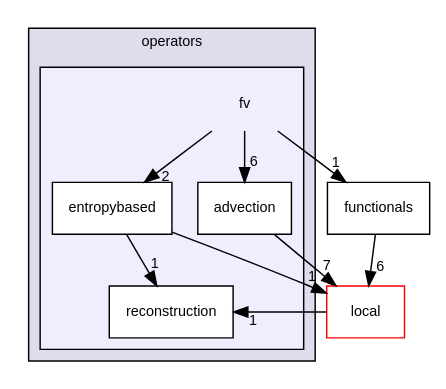
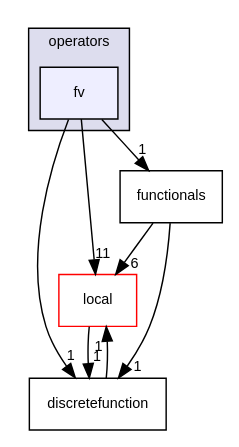
Before and after one commit to dune-community/dune-community.github.io: the diagram in docs/dune-gdt/master/dir_8fbd9d79de26bd0c08e4e5fb2ef2e7c5_dep.dot, drawn with Graphviz. The commit also changed 3677 other files, not shown here.

```diff
--- a/docs/dune-gdt/master/dir_8fbd9d79de26bd0c08e4e5fb2ef2e7c5_dep.dot
+++ b/docs/dune-gdt/master/dir_8fbd9d79de26bd0c08e4e5fb2ef2e7c5_dep.dot
@@ -1,25 +1,19 @@
 digraph "fv" {
   compound=true
   node [ fontsize="10", fontname="Helvetica"];
   edge [ labelfontsize="10", labelfontname="Helvetica"];
   subgraph clusterdir_8eae17099f455a1cfbd2c25e13098b8a {
     graph [ bgcolor="#ddddee", pencolor="black", label="operators" fontname="Helvetica", fontsize="10", URL="dir_8eae17099f455a1cfbd2c25e13098b8a.html"]
-  subgraph clusterdir_8fbd9d79de26bd0c08e4e5fb2ef2e7c5 {
-    graph [ bgcolor="#eeeeff", pencolor="black", label="" URL="dir_8fbd9d79de26bd0c08e4e5fb2ef2e7c5.html"];
-    dir_8fbd9d79de26bd0c08e4e5fb2ef2e7c5 [shape=plaintext label="fv"];
-    dir_d5d3ee194d5a859a27bb68c48f7e0d58 [shape=box label="advection" color="black" fillcolor="white" style="filled" URL="dir_d5d3ee194d5a859a27bb68c48f7e0d58.html"];
-    dir_15077edfff1a5d7c3d5acc85193caa88 [shape=box label="entropybased" color="black" fillcolor="white" style="filled" URL="dir_15077edfff1a5d7c3d5acc85193caa88.html"];
-    dir_34cd0b04b1a25e429446ad96f28d6cc1 [shape=box label="reconstruction" color="black" fillcolor="white" style="filled" URL="dir_34cd0b04b1a25e429446ad96f28d6cc1.html"];
-  }
+  dir_8fbd9d79de26bd0c08e4e5fb2ef2e7c5 [shape=box, label="fv", style="filled", fillcolor="#eeeeff", pencolor="black", URL="dir_8fbd9d79de26bd0c08e4e5fb2ef2e7c5.html"];
   }
   dir_e5964b6fd5a6d82d96e1215fe4a1a66d [shape=box label="local" fillcolor="white" style="filled" color="red" URL="dir_e5964b6fd5a6d82d96e1215fe4a1a66d.html"];
+  dir_e555b9af892587a8ff0beb600029e8f8 [shape=box label="discretefunction" URL="dir_e555b9af892587a8ff0beb600029e8f8.html"];
   dir_a1591cda0d63e65779075ba0a12732f6 [shape=box label="functionals" URL="dir_a1591cda0d63e65779075ba0a12732f6.html"];
-  dir_8fbd9d79de26bd0c08e4e5fb2ef2e7c5->dir_15077edfff1a5d7c3d5acc85193caa88 [headlabel="2", labeldistance=1.5 headhref="dir_000006_000033.html"];
-  dir_8fbd9d79de26bd0c08e4e5fb2ef2e7c5->dir_d5d3ee194d5a859a27bb68c48f7e0d58 [headlabel="6", labeldistance=1.5 headhref="dir_000006_000010.html"];
-  dir_8fbd9d79de26bd0c08e4e5fb2ef2e7c5->dir_a1591cda0d63e65779075ba0a12732f6 [headlabel="1", labeldistance=1.5 headhref="dir_000006_000008.html"];
-  dir_e5964b6fd5a6d82d96e1215fe4a1a66d->dir_34cd0b04b1a25e429446ad96f28d6cc1 [headlabel="1", labeldistance=1.5 headhref="dir_000007_000030.html"];
-  dir_15077edfff1a5d7c3d5acc85193caa88->dir_e5964b6fd5a6d82d96e1215fe4a1a66d [headlabel="1", labeldistance=1.5 headhref="dir_000033_000007.html"];
-  dir_15077edfff1a5d7c3d5acc85193caa88->dir_34cd0b04b1a25e429446ad96f28d6cc1 [headlabel="1", labeldistance=1.5 headhref="dir_000033_000030.html"];
-  dir_d5d3ee194d5a859a27bb68c48f7e0d58->dir_e5964b6fd5a6d82d96e1215fe4a1a66d [headlabel="7", labeldistance=1.5 headhref="dir_000010_000007.html"];
-  dir_a1591cda0d63e65779075ba0a12732f6->dir_e5964b6fd5a6d82d96e1215fe4a1a66d [headlabel="6", labeldistance=1.5 headhref="dir_000008_000007.html"];
+  dir_8fbd9d79de26bd0c08e4e5fb2ef2e7c5->dir_e5964b6fd5a6d82d96e1215fe4a1a66d [headlabel="11", labeldistance=1.5 headhref="dir_000008_000005.html"];
+  dir_8fbd9d79de26bd0c08e4e5fb2ef2e7c5->dir_e555b9af892587a8ff0beb600029e8f8 [headlabel="1", labeldistance=1.5 headhref="dir_000008_000014.html"];
+  dir_8fbd9d79de26bd0c08e4e5fb2ef2e7c5->dir_a1591cda0d63e65779075ba0a12732f6 [headlabel="1", labeldistance=1.5 headhref="dir_000008_000006.html"];
+  dir_e5964b6fd5a6d82d96e1215fe4a1a66d->dir_e555b9af892587a8ff0beb600029e8f8 [headlabel="1", labeldistance=1.5 headhref="dir_000005_000014.html"];
+  dir_e555b9af892587a8ff0beb600029e8f8->dir_e5964b6fd5a6d82d96e1215fe4a1a66d [headlabel="1", labeldistance=1.5 headhref="dir_000014_000005.html"];
+  dir_a1591cda0d63e65779075ba0a12732f6->dir_e5964b6fd5a6d82d96e1215fe4a1a66d [headlabel="6", labeldistance=1.5 headhref="dir_000006_000005.html"];
+  dir_a1591cda0d63e65779075ba0a12732f6->dir_e555b9af892587a8ff0beb600029e8f8 [headlabel="1", labeldistance=1.5 headhref="dir_000006_000014.html"];
 }
```
